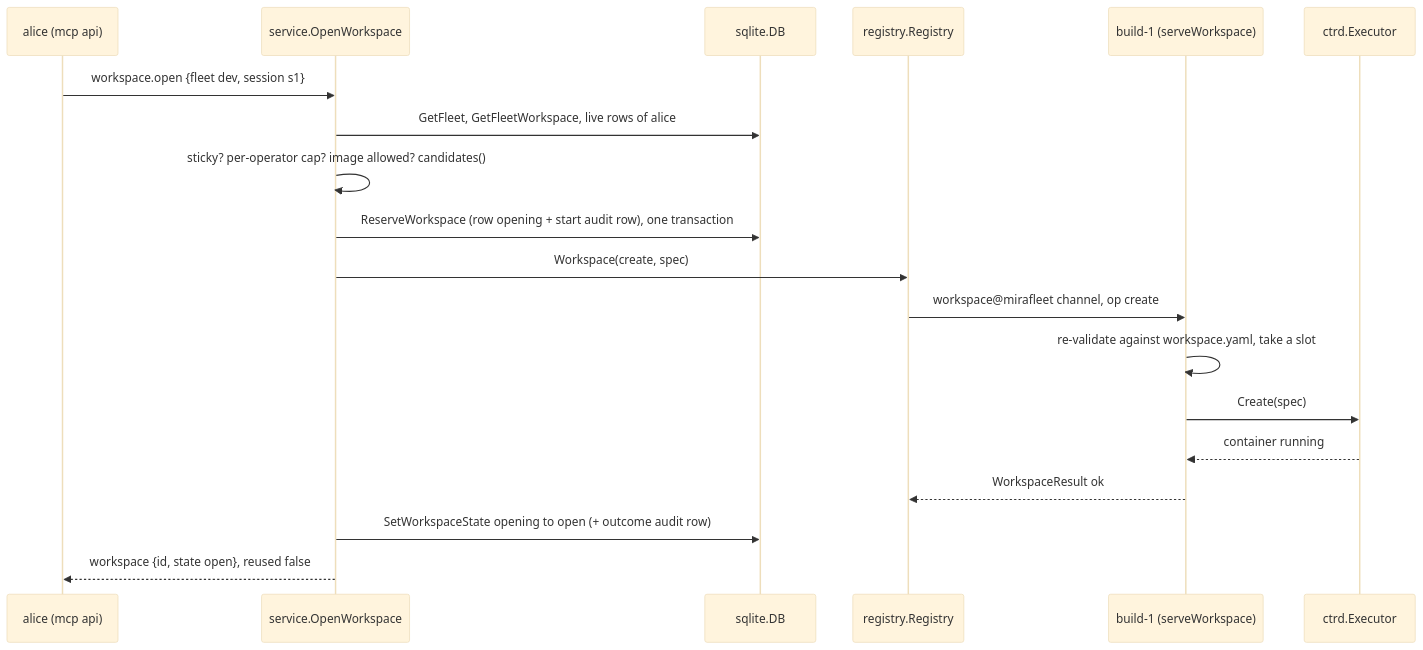
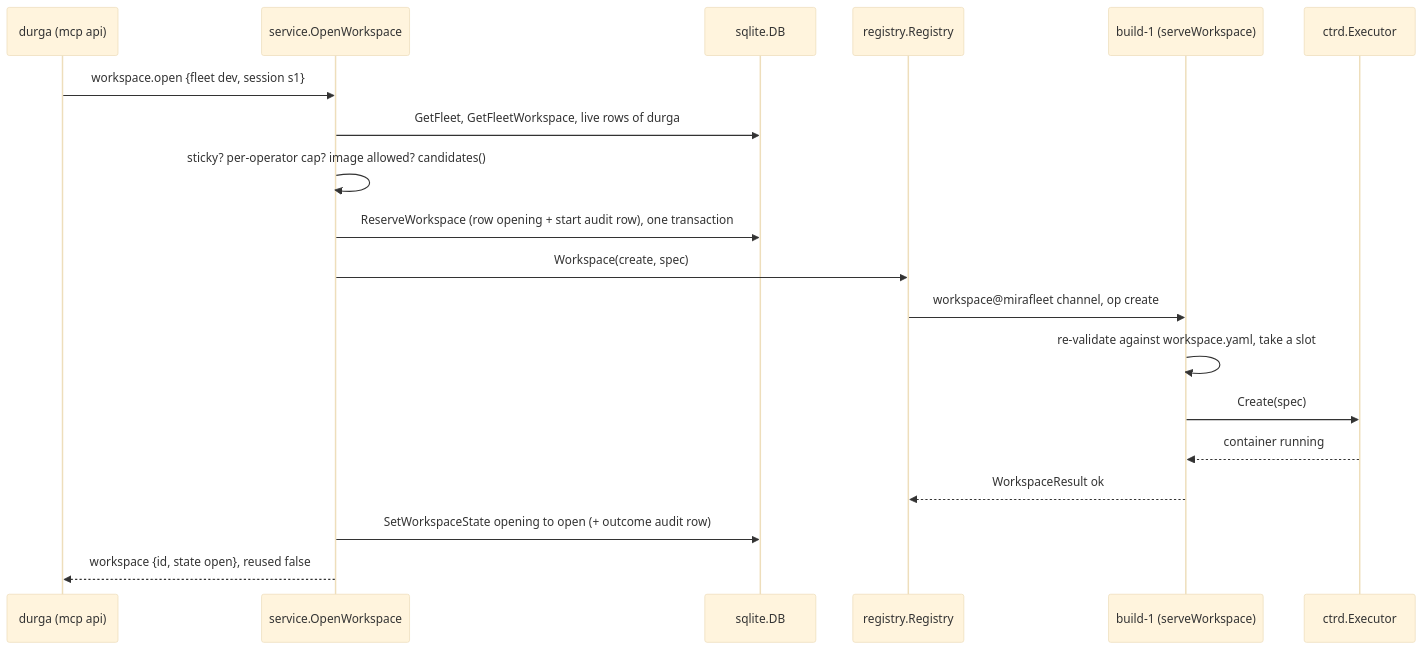
One commit to mirastacklabs-ai/mirafleet changed diagram 21 of 29 in docs/guide/04-flows.md. Above: the diagram before and after it, drawn with Mermaid (base theme). The commit also changed other lines of this file and 7 other files, not shown here.

````diff
--- a/docs/guide/04-flows.md
+++ b/docs/guide/04-flows.md
@@ -1250,22 +1250,22 @@
 ```mermaid
 sequenceDiagram
-  participant Op as alice (mcp api)
+  participant Op as durga (mcp api)
   participant Svc as service.OpenWorkspace
   participant DB as sqlite.DB
   participant Reg as registry.Registry
   participant Run as build-1 (serveWorkspace)
   participant Ex as ctrd.Executor
 
   Op->>Svc: workspace.open {fleet dev, session s1}
-  Svc->>DB: GetFleet, GetFleetWorkspace, live rows of alice
+  Svc->>DB: GetFleet, GetFleetWorkspace, live rows of durga
   Svc->>Svc: sticky? per-operator cap? image allowed? candidates()
   Svc->>DB: ReserveWorkspace (row opening + start audit row), one transaction
   Svc->>Reg: Workspace(create, spec)
   Reg->>Run: workspace@mirafleet channel, op create
   Run->>Run: re-validate against workspace.yaml, take a slot
   Run->>Ex: Create(spec)
   Ex-->>Run: container running
   Run-->>Reg: WorkspaceResult ok
   Svc->>DB: SetWorkspaceState opening to open (+ outcome audit row)
   Svc-->>Op: workspace {id, state open}, reused false
 ```
````
